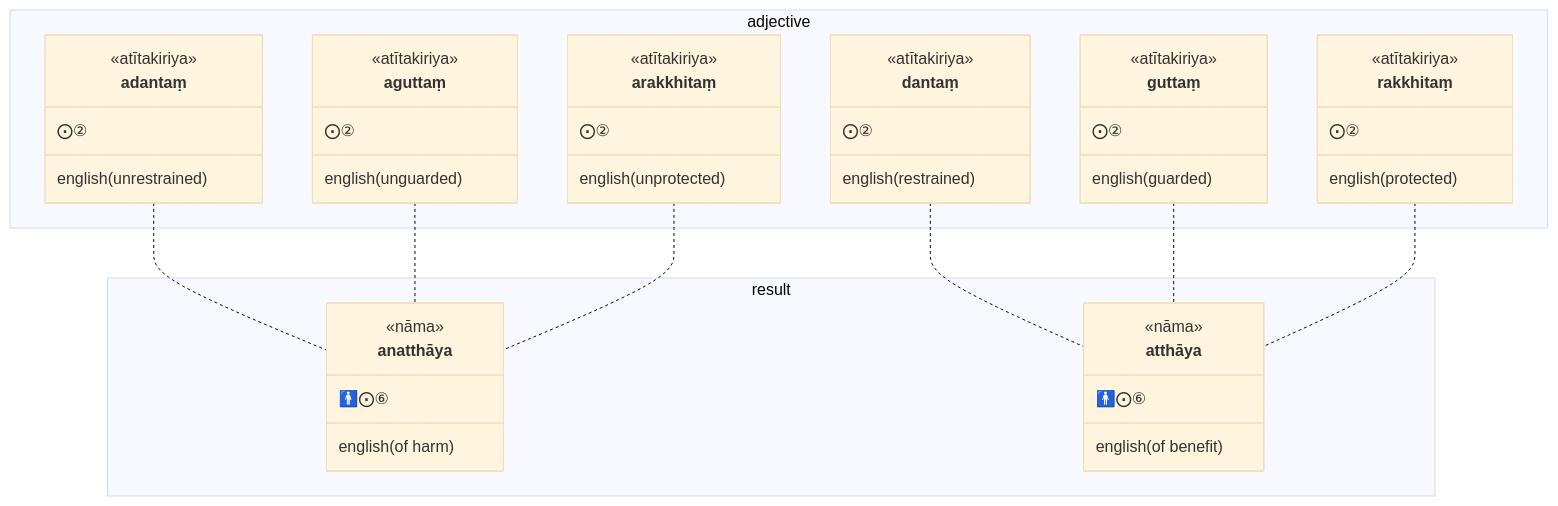
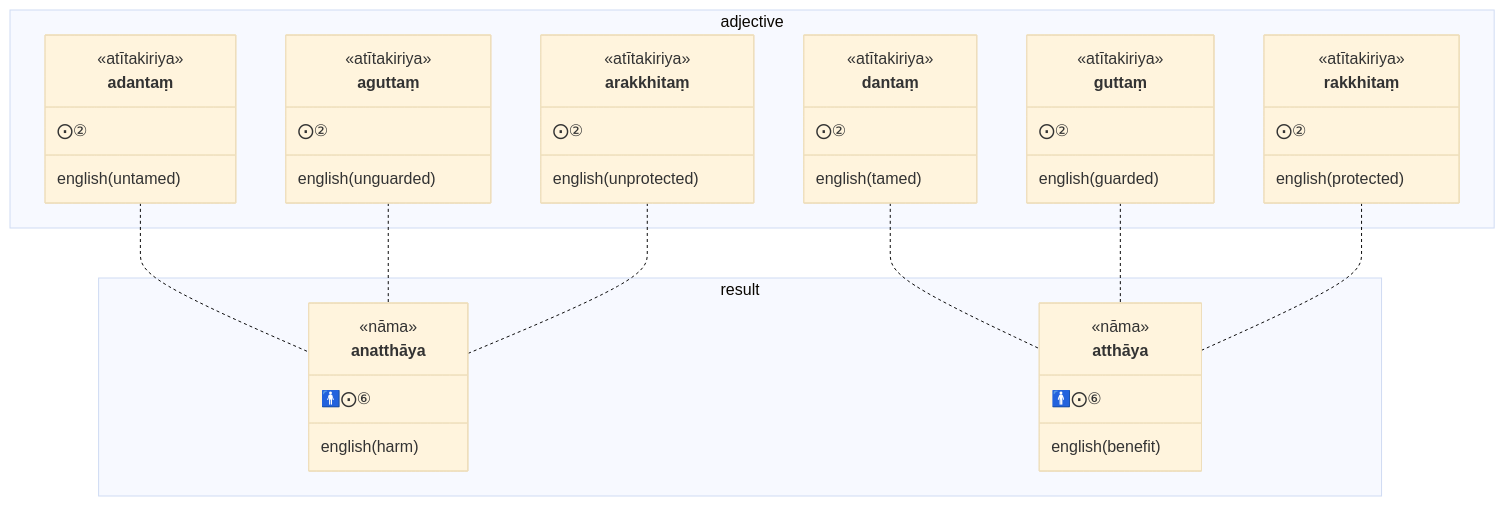
The third of 5 diagrams in src/content/docs/Sutta/restraining.md (ChristineTham/buddhavacana), drawn with Mermaid (base theme) before and after one commit. The commit also changed other lines of this file, not shown here.

````diff
--- a/src/content/docs/Sutta/restraining.md
+++ b/src/content/docs/Sutta/restraining.md
@@ -194,53 +194,53 @@
 ```mermaid
 classDiagram
   namespace adjective {
     class adantaṃ {
       <<atītakiriya>>
       ⨀②
-      english(unrestrained)
+      english(untamed)
     }
     class dantaṃ {
       <<atītakiriya>>
       ⨀②
-      english(restrained)
+      english(tamed)
     }
     class aguttaṃ {
       <<atītakiriya>>
       ⨀②
       english(unguarded)
     }
     class guttaṃ {
       <<atītakiriya>>
       ⨀②
       english(guarded)
     }
     class arakkhitaṃ {
       <<atītakiriya>>
       ⨀②
       english(unprotected)
     }
     class rakkhitaṃ {
       <<atītakiriya>>
       ⨀②
       english(protected)
     }
   }
   namespace result {
     class anatthāya {
       <<nāma>>
       🚹⨀⑥
-      english(of harm)
+      english(harm)
     }
     class atthāya {
       <<nāma>>
       🚹⨀⑥
-      english(of benefit)
+      english(benefit)
     }
   }
   adantaṃ .. anatthāya
   aguttaṃ .. anatthāya
   arakkhitaṃ .. anatthāya
   dantaṃ .. atthāya
   guttaṃ .. atthāya
   rakkhitaṃ .. atthāya
 ```
````
